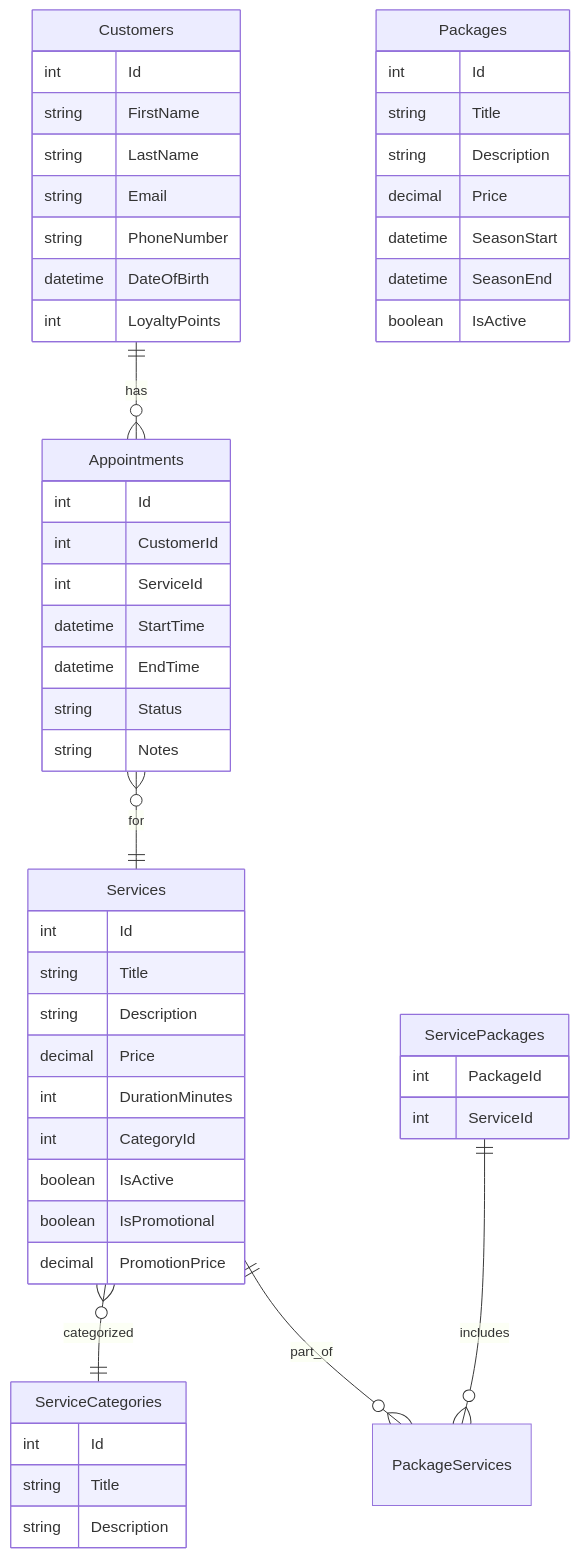
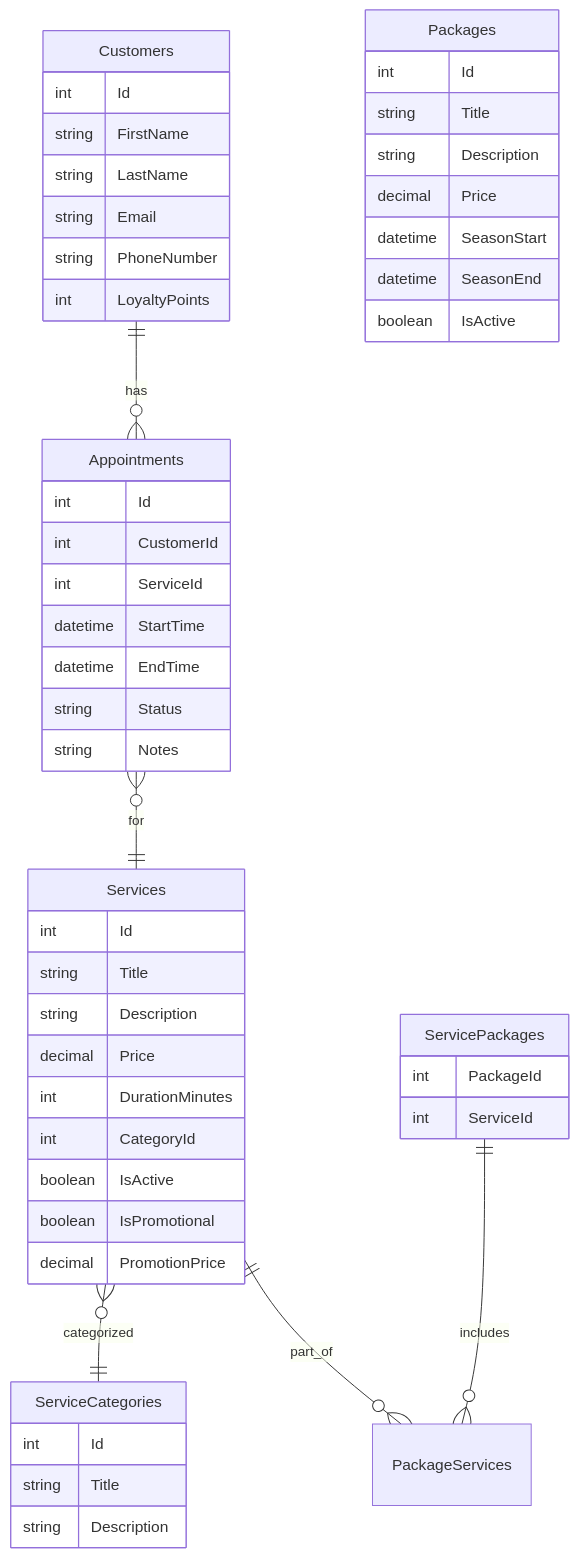
Before and after one commit to Judas1987/uno-coea-beauty-mgmt: the diagram in database/README.md, drawn with Mermaid. The commit also changed 19 other files, not shown here.

````diff
--- a/database/README.md
+++ b/database/README.md
@@ -5,62 +5,61 @@
 ```mermaid
 erDiagram
 
 Customers {
     int Id
     string FirstName
     string LastName
     string Email
     string PhoneNumber
-    datetime DateOfBirth
     int LoyaltyPoints
 }
 
 Appointments {
     int Id
     int CustomerId
     int ServiceId
     datetime StartTime
     datetime EndTime
     string Status
     string Notes
 }
 
 Services {
     int Id
     string Title
     string Description
     decimal Price
     int DurationMinutes
     int CategoryId
     boolean IsActive
     boolean IsPromotional
     decimal PromotionPrice
 }
 
 ServiceCategories {
     int Id
     string Title
     string Description
 }
 
 Packages {
     int Id
     string Title
     string Description
     decimal Price
     datetime SeasonStart
     datetime SeasonEnd
     boolean IsActive
 }
 
 ServicePackages {
     int PackageId
     int ServiceId
 }
 
 Customers ||--o{ Appointments : has
 Appointments }o--|| Services : for
 Services }o--|| ServiceCategories : categorized
 ServicePackages ||--o{ PackageServices : includes
 Services ||--o{ PackageServices : part_of
 ```
````
